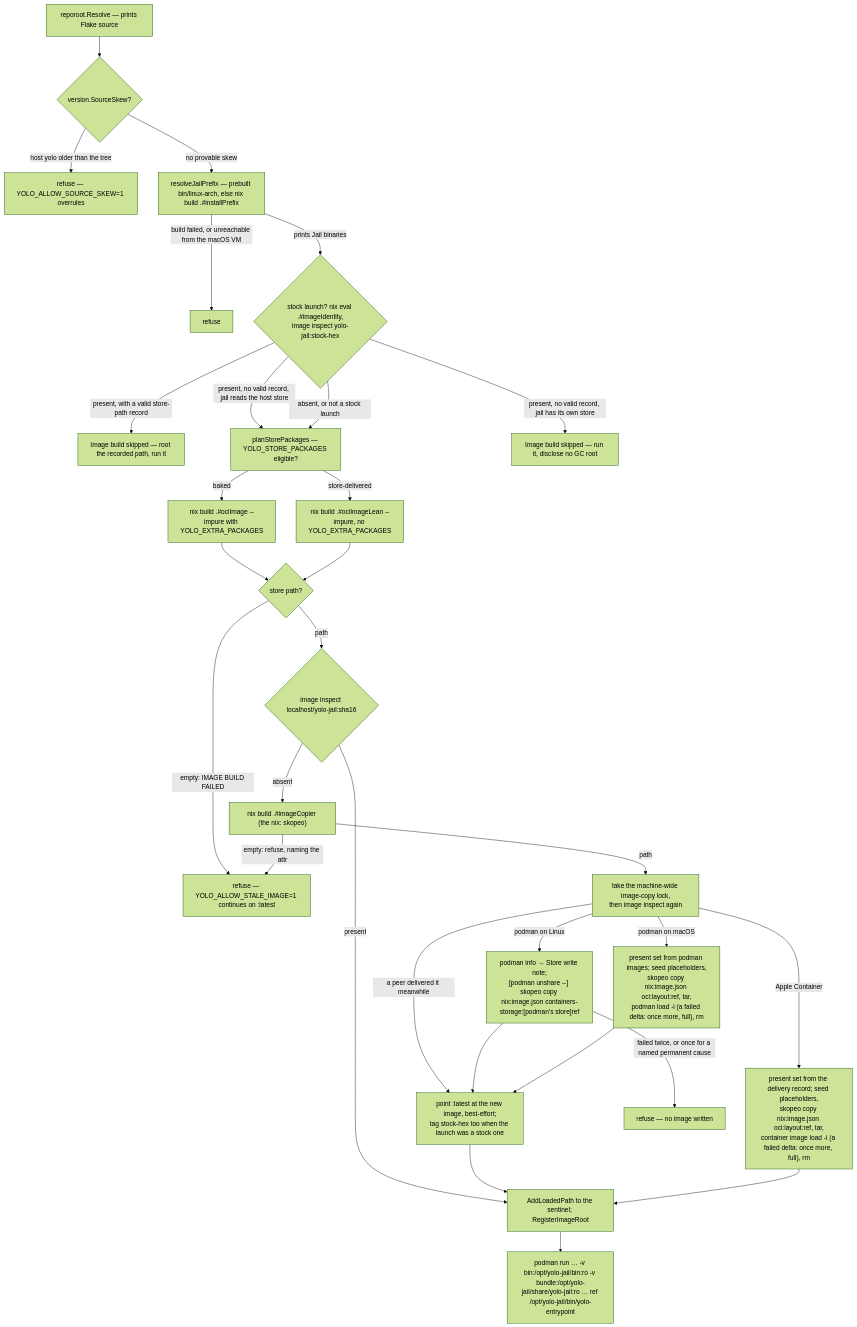
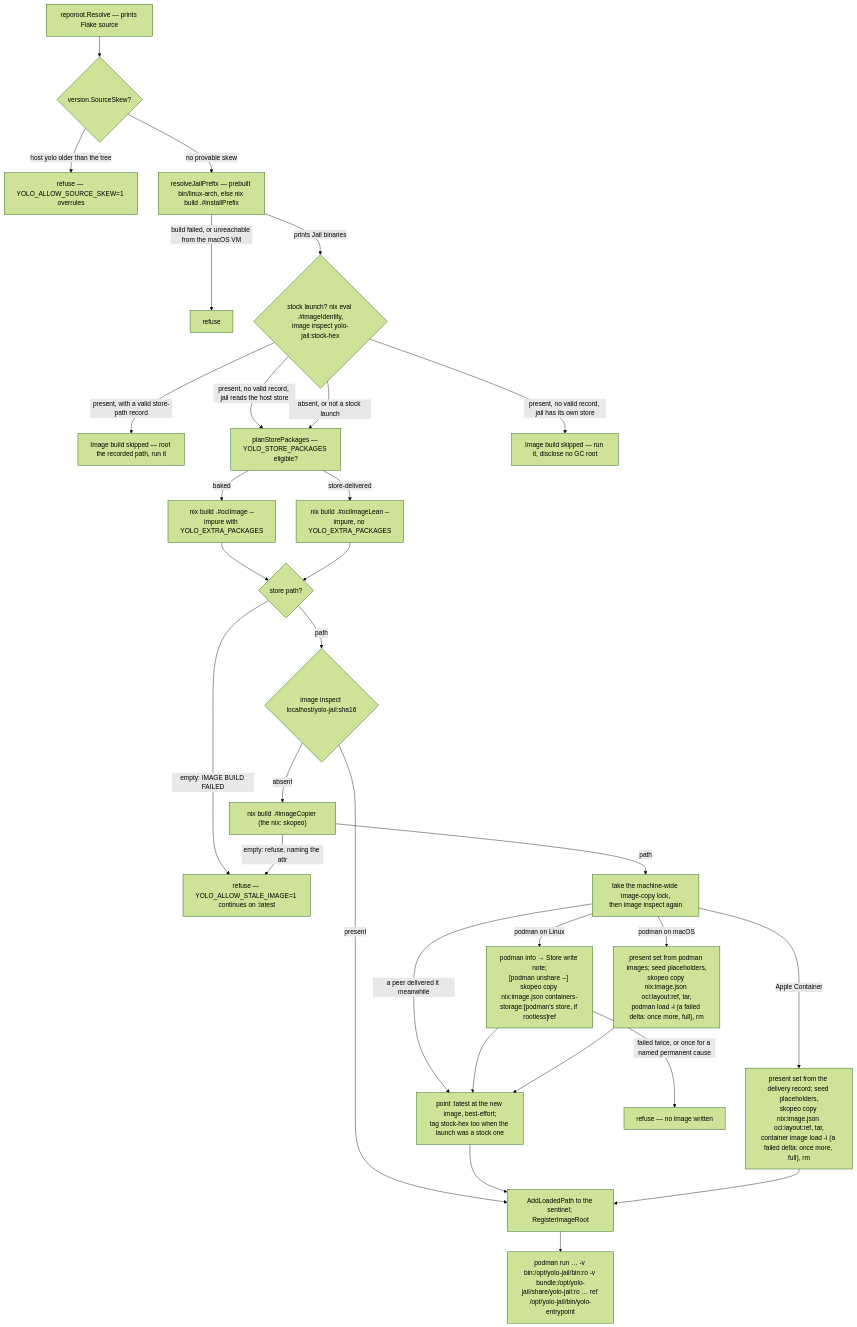
Before and after one commit to mschulkind-oss/yolo-jail: the diagram in docs/reference/image-staging-vs-baking.md, drawn with Mermaid (forest theme). The commit also changed other lines of this file and 1 other file, not shown here.

First line of the commit message:
docs: the image copy names podman's store only when rootless (#47)

````diff
--- a/docs/reference/image-staging-vs-baking.md
+++ b/docs/reference/image-staging-vs-baking.md
@@ -408,31 +408,31 @@
 ```mermaid
 flowchart TD
     resolve["reporoot.Resolve — prints Flake source"] --> skew{"version.SourceSkew?"}
     skew -->|"host yolo older than the tree"| refuse1["refuse — YOLO_ALLOW_SOURCE_SKEW=1 overrules"]
     skew -->|"no provable skew"| prefix["resolveJailPrefix — prebuilt bin/linux-arch, else nix build .#installPrefix"]
     prefix -->|"build failed, or unreachable from the macOS VM"| refuse2["refuse"]
     prefix -->|"prints Jail binaries"| stock{"stock launch? nix eval .#imageIdentity,<br/>image inspect yolo-jail:stock-hex"}
     stock -->|"present, with a valid store-path record"| runstock["Image build skipped — root the recorded path, run it"]
     stock -->|"present, no valid record, jail reads the host store"| plan
     stock -->|"present, no valid record, jail has its own store"| runbare["Image build skipped — run it, disclose no GC root"]
     stock -->|"absent, or not a stock launch"| plan["planStorePackages — YOLO_STORE_PACKAGES eligible?"]
     plan -->|"baked"| build["nix build .#ociImage --impure with YOLO_EXTRA_PACKAGES"]
     plan -->|"store-delivered"| buildLean["nix build .#ociImageLean --impure, no YOLO_EXTRA_PACKAGES"]
     build --> failed{"store path?"}
     buildLean --> failed
     failed -->|"empty: IMAGE BUILD FAILED"| fatal["refuse — YOLO_ALLOW_STALE_IMAGE=1 continues on :latest"]
     failed -->|"path"| inspect{"image inspect localhost/yolo-jail:sha16"}
     inspect -->|"present"| record["AddLoadedPath to the sentinel; RegisterImageRoot"]
     inspect -->|"absent"| copier["nix build .#imageCopier (the nix: skopeo)"]
     copier -->|"empty: refuse, naming the attr"| fatal
     copier -->|"path"| lock["take the machine-wide image-copy lock,<br/>then image inspect again"]
     lock -->|"a peer delivered it meanwhile"| alias
-    lock -->|"podman on Linux"| copy["podman info → Store write note;<br/>[podman unshare --] skopeo copy nix:image.json containers-storage:[podman's store]ref"]
+    lock -->|"podman on Linux"| copy["podman info → Store write note;<br/>[podman unshare --] skopeo copy nix:image.json containers-storage:[podman's store, if rootless]ref"]
     lock -->|"Apple Container"| copyoci["present set from the delivery record; seed placeholders,<br/>skopeo copy nix:image.json oci:layout:ref, tar,<br/>container image load -i (a failed delta: once more, full), rm"]
     lock -->|"podman on macOS"| copydock["present set from podman images; seed placeholders,<br/>skopeo copy nix:image.json oci:layout:ref, tar,<br/>podman load -i (a failed delta: once more, full), rm"]
     copy -->|"failed twice, or once for a named permanent cause"| abandon["refuse — no image written"]
     copy --> alias["point :latest at the new image, best-effort;<br/>tag stock-hex too when the launch was a stock one"] --> record
     copydock --> alias
     copyoci --> record
     record --> argv["podman run … -v bin:/opt/yolo-jail/bin:ro -v bundle:/opt/yolo-jail/share/yolo-jail:ro … ref /opt/yolo-jail/bin/yolo-entrypoint"]
 ```
````
